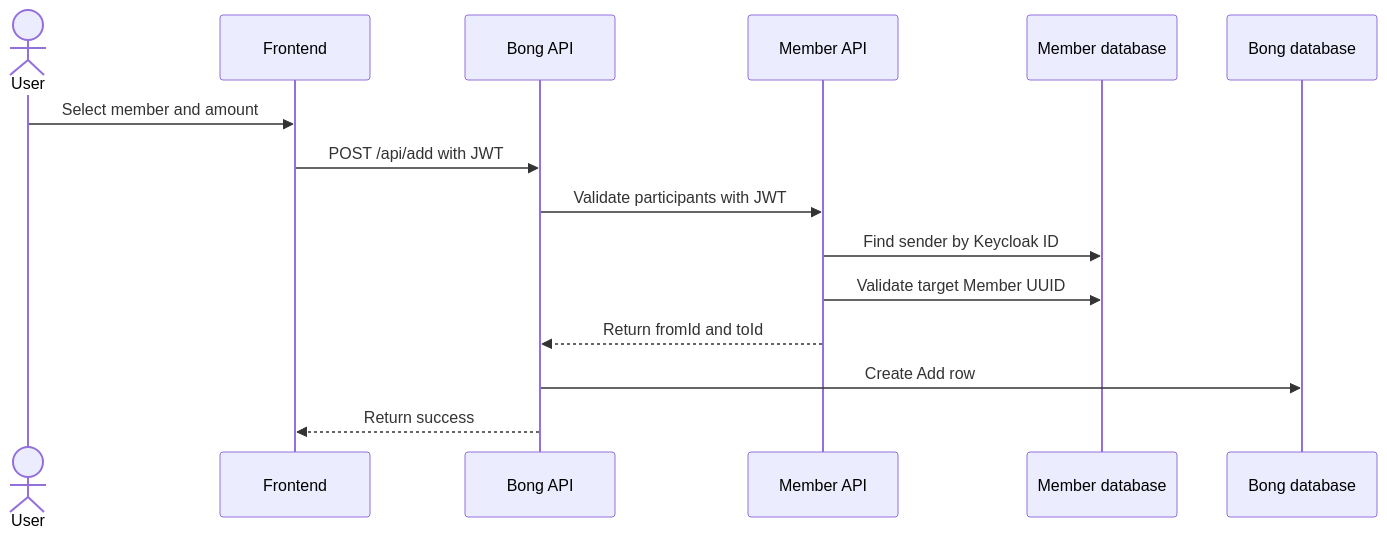
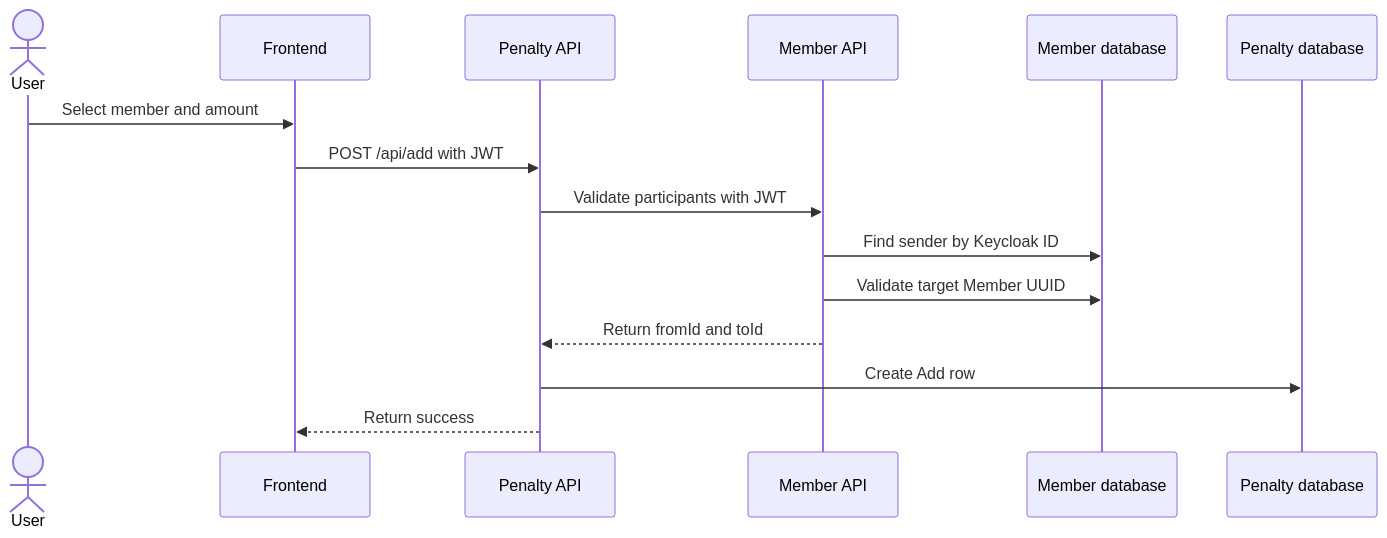
One commit to Kebertr/valhall changed the seventh of 7 diagrams in Service-architecture.md. Above: the diagram before and after it, drawn with Mermaid. The commit also changed other lines of this file and 7 other files, not shown here.

````diff
--- a/Service-architecture.md
+++ b/Service-architecture.md
@@ -253,18 +253,18 @@
 ```mermaid
 sequenceDiagram
     actor User
     participant Frontend
-    participant BongAPI as Bong API
+    participant PenaltyAPI as Penalty API
     participant MemberAPI as Member API
     participant MemberDB as Member database
-    participant BongDB as Bong database
+    participant PenaltyDB as Penalty database
 
     User->>Frontend: Select member and amount
-    Frontend->>BongAPI: POST /api/add with JWT
-    BongAPI->>MemberAPI: Validate participants with JWT
+    Frontend->>PenaltyAPI: POST /api/add with JWT
+    PenaltyAPI->>MemberAPI: Validate participants with JWT
     MemberAPI->>MemberDB: Find sender by Keycloak ID
     MemberAPI->>MemberDB: Validate target Member UUID
-    MemberAPI-->>BongAPI: Return fromId and toId
-    BongAPI->>BongDB: Create Add row
-    BongAPI-->>Frontend: Return success
+    MemberAPI-->>PenaltyAPI: Return fromId and toId
+    PenaltyAPI->>PenaltyDB: Create Add row
+    PenaltyAPI-->>Frontend: Return success
 ```
````
